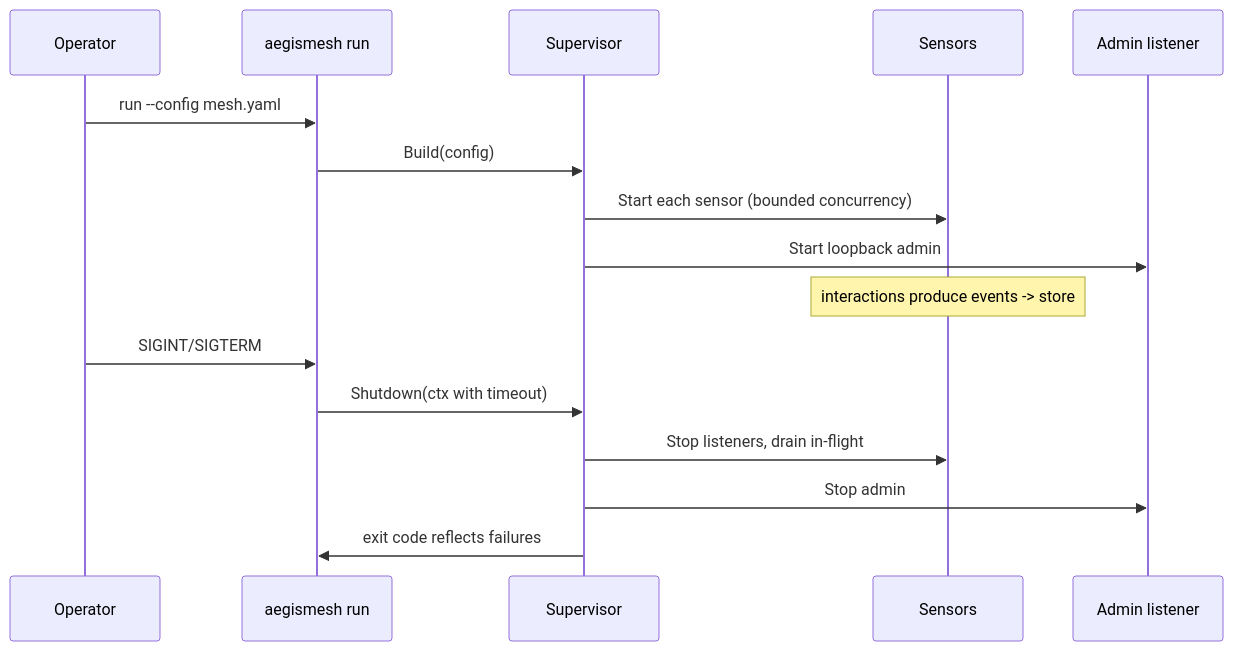
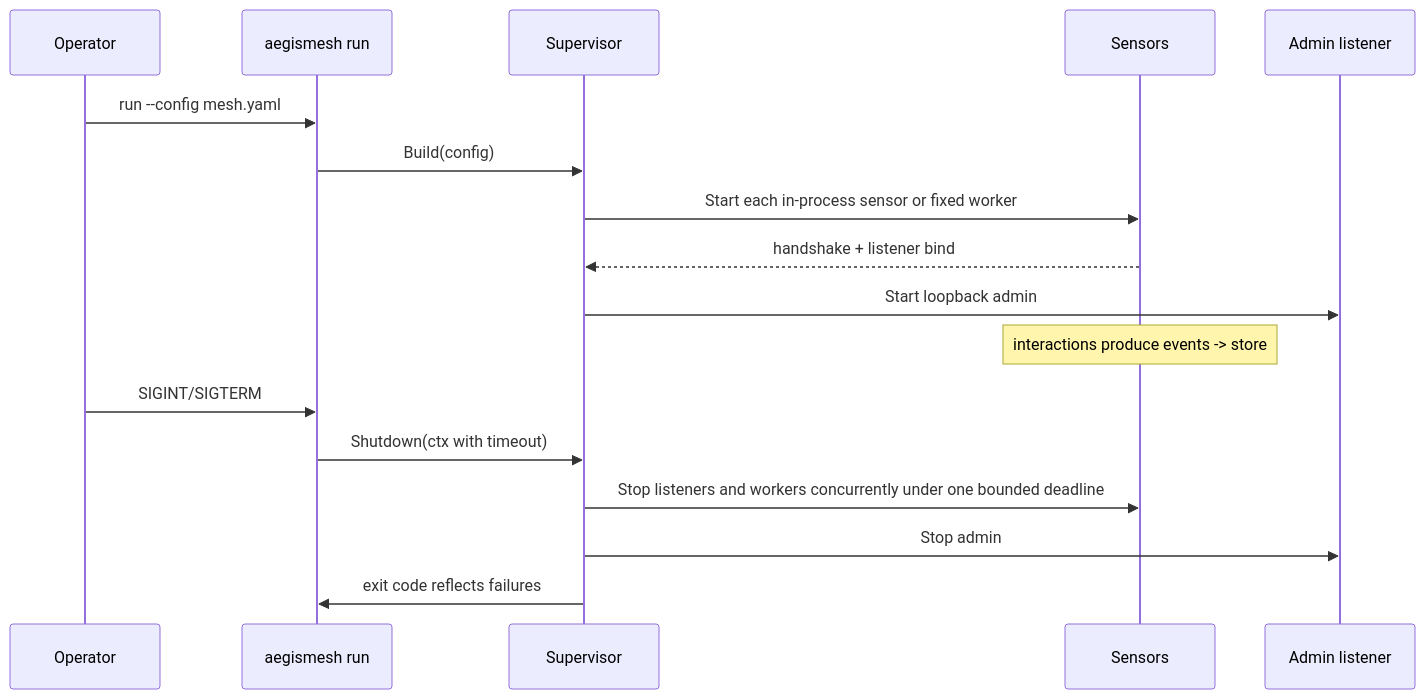
One commit to metaforismo/AegisMesh changed the third of 3 diagrams in docs/architecture/data-flow.md. Above: the diagram before and after it, drawn with Mermaid. The commit also changed other lines of this file and 13 other files, not shown here.

````diff
--- a/docs/architecture/data-flow.md
+++ b/docs/architecture/data-flow.md
@@ -157,18 +188,19 @@
 ```mermaid
 sequenceDiagram
     participant U as Operator
     participant CLI as aegismesh run
     participant R as Supervisor
     participant S as Sensors
     participant Ad as Admin listener
     U->>CLI: run --config mesh.yaml
     CLI->>R: Build(config)
-    R->>S: Start each sensor (bounded concurrency)
+    R->>S: Start each in-process sensor or fixed worker
+    S-->>R: handshake + listener bind
     R->>Ad: Start loopback admin
     Note over S: interactions produce events -> store
     U->>CLI: SIGINT/SIGTERM
     CLI->>R: Shutdown(ctx with timeout)
-    R->>S: Stop listeners, drain in-flight
+    R->>S: Stop listeners and workers concurrently under one bounded deadline
     R->>Ad: Stop admin
     R->>CLI: exit code reflects failures
 ```
````
